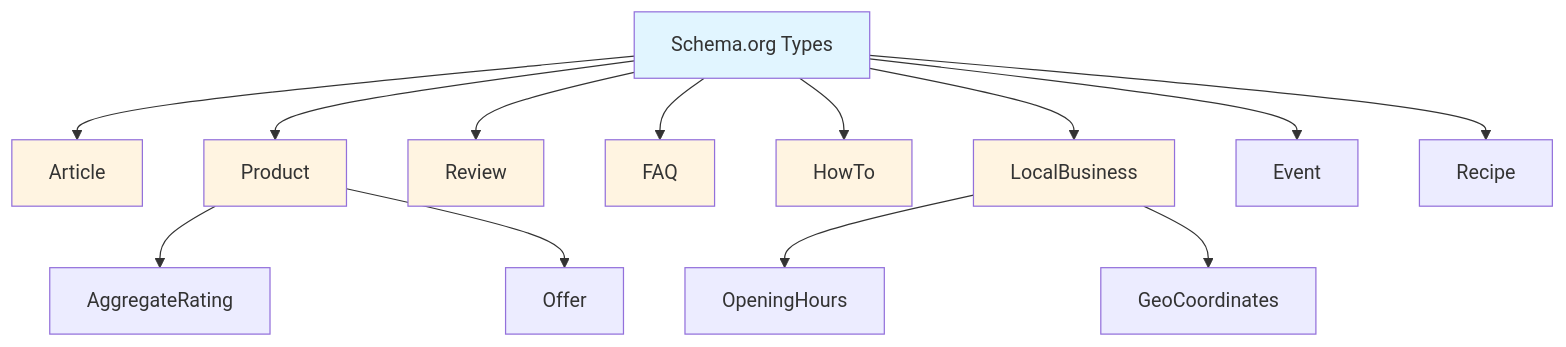
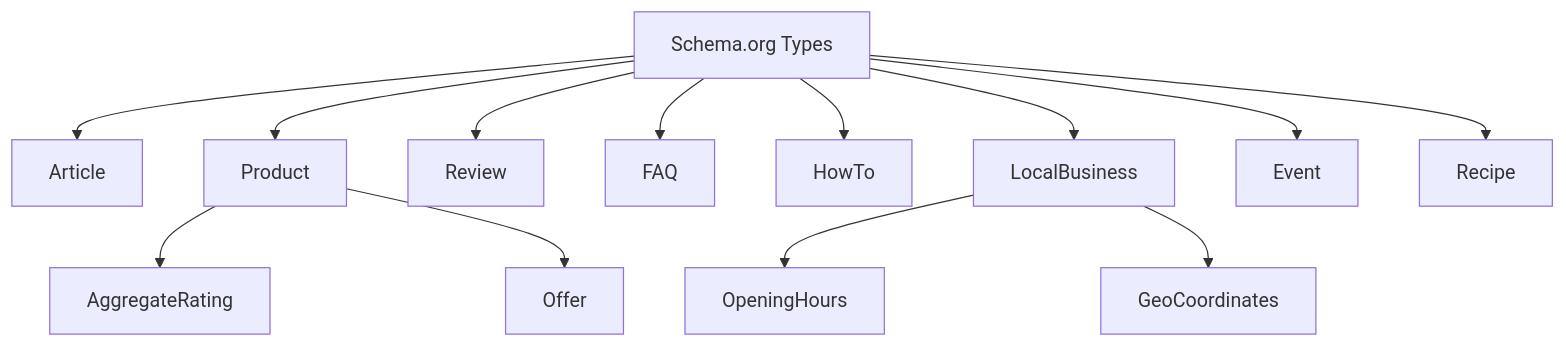
The first of 2 diagrams in lectures/lec-04.md (olroi421/course-seo), drawn with Mermaid before and after one commit. The commit also changed other lines of this file and 1 other file, not shown here.

Commit message:
Remove redundant Mermaid style directives
Clean up Mermaid graph blocks by removing hardcoded 'style ... fill:...' lines from lectures/lec-03.md and lectures/lec-04.md. These changes simplify diagram markup and reduce visual-style clutter in the markdown files without altering substantive content.

````diff
--- a/lectures/lec-04.md
+++ b/lectures/lec-04.md
@@ -491,24 +491,17 @@
 ```mermaid
 graph TD
     A[Schema.org Types] --> B[Article]
     A --> C[Product]
     A --> D[Review]
     A --> E[FAQ]
     A --> F[HowTo]
     A --> G[LocalBusiness]
     A --> H[Event]
     A --> I[Recipe]
 
     C --> J[AggregateRating]
     C --> K[Offer]
     G --> L[OpeningHours]
     G --> M[GeoCoordinates]
 
-    style A fill:#e1f5ff
-    style B fill:#fff4e1
-    style C fill:#fff4e1
-    style D fill:#fff4e1
-    style E fill:#fff4e1
-    style F fill:#fff4e1
-    style G fill:#fff4e1
 ```
````
